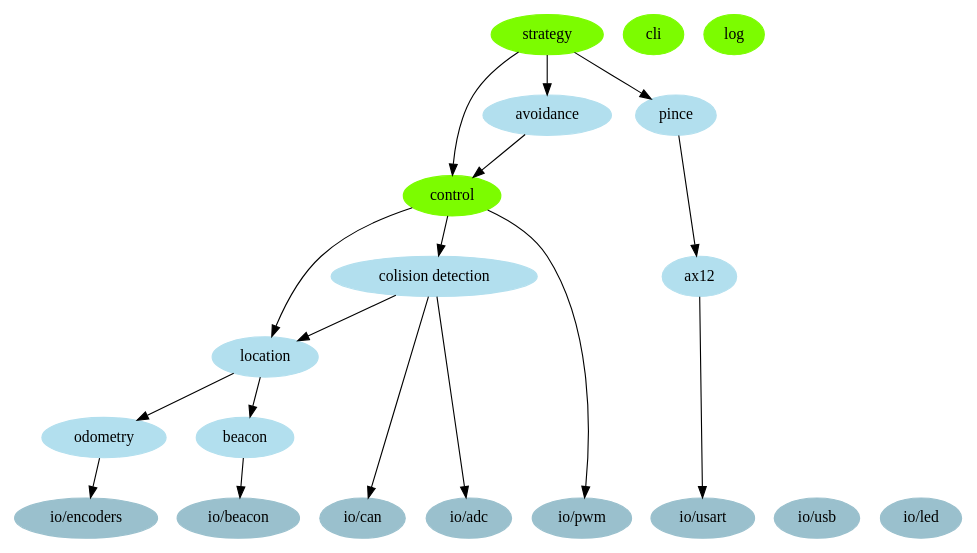
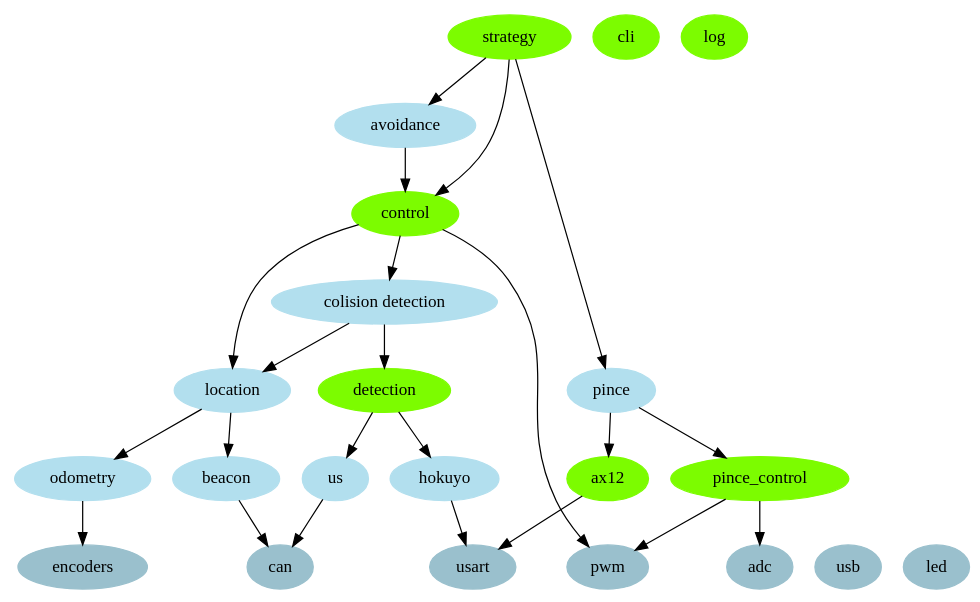
Before and after one commit to jbtredez/Atlantronic: the diagram in doc/graph/architecture.dot, drawn with Graphviz.

Commit message:
doc - mise a jour

```diff
--- a/doc/graph/architecture.dot
+++ b/doc/graph/architecture.dot
@@ -1,54 +1,62 @@
 digraph robot
 {
 	size="10,10";
 	// modules - taches
 	node [color=lawngreen, style=filled ]
 	strategy
 	control
 	cli
 	log
+	ax12
+	detection
+	pince_control
 
 	// modules - fonctions
 	node [color=lightblue2, style=filled ]
 	avoidance
 	"colision detection"
 	location
 	odometry
 	beacon
 	pince
-	ax12
-
+	us
+	hokuyo
 
 	// io
 	node [color=lightblue3, style=filled ]
 	{
 		rank=same;
-		"io/pwm"
-		"io/encoders"
-		"io/beacon"
-		"io/usb"
-		"io/can"
-		"io/adc"
-		"io/usart"
-		"io/led"
+		"pwm"
+		"encoders"
+		"usb"
+		"can"
+		"adc"
+		"usart"
+		"led"
 	}
 
 	// liens
 	strategy -> avoidance
 	strategy -> control
 	strategy -> pince
 	avoidance -> control
 	control -> "colision detection"
 	control -> location
 	"colision detection" -> location
+	"colision detection" -> detection
 	location -> odometry
 	location -> beacon
 	pince -> ax12
+	pince -> pince_control
+	pince_control -> pwm
+	pince_control -> adc
+	detection -> hokuyo
+	detection -> us
 
-	ax12 -> "io/usart"
-	"colision detection" -> "io/adc"
-	"colision detection" -> "io/can"
-	beacon -> "io/beacon"
-	odometry -> "io/encoders"
-	control -> "io/pwm"
+	hokuyo -> usart
+	ax12 -> "usart"
+	us -> "can"
+	beacon -> "can"
+	odometry -> "encoders"
+	control -> "pwm"
 }
```
